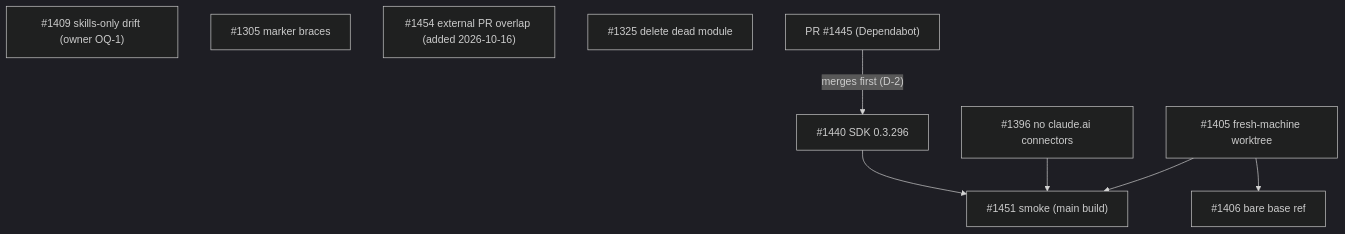
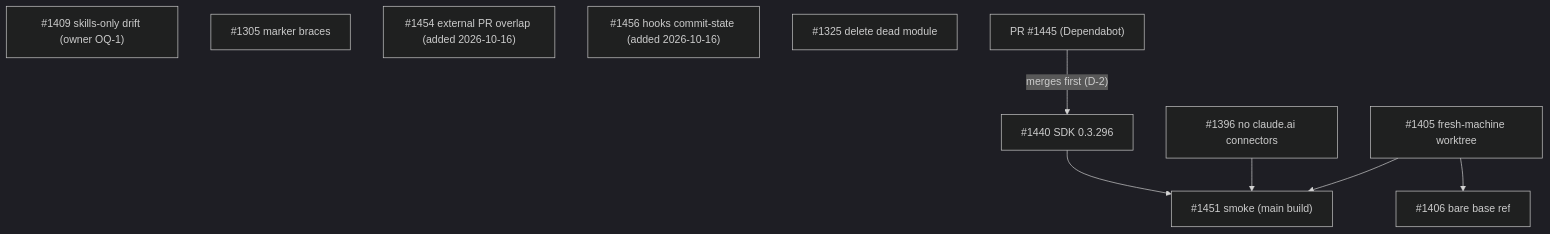
One commit to sequant-io/sequant changed the diagram in docs/internal/graph-2026-10-freeze-b/issue-graph.md. Above: the diagram before and after it, drawn with Mermaid (dark theme). The commit also changed other lines of this file and 2 other files, not shown here.

First line of the commit message:
docs(graph): add #1456 to graph-2026-10-freeze-b as a wave-2 node

````diff
--- a/docs/internal/graph-2026-10-freeze-b/issue-graph.md
+++ b/docs/internal/graph-2026-10-freeze-b/issue-graph.md
@@ -28,12 +29,13 @@
 ```mermaid
 graph TD
   N1440["#1440 SDK 0.3.296"] --> N1451["#1451 smoke (main build)"]
   N1396["#1396 no claude.ai connectors"] --> N1451
   N1405["#1405 fresh-machine worktree"] --> N1451
   N1405 --> N1406["#1406 bare base ref"]
   N1409["#1409 skills-only drift (owner OQ-1)"]
   N1305["#1305 marker braces"]
   N1454["#1454 external PR overlap (added 2026-10-16)"]
+  N1456["#1456 hooks commit-state (added 2026-10-16)"]
   N1325["#1325 delete dead module"]
   N1445["PR #1445 (Dependabot)"] -- "merges first (D-2)" --> N1440
 ```
````
